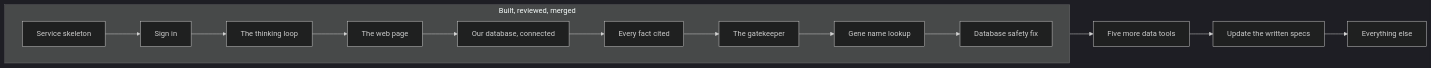
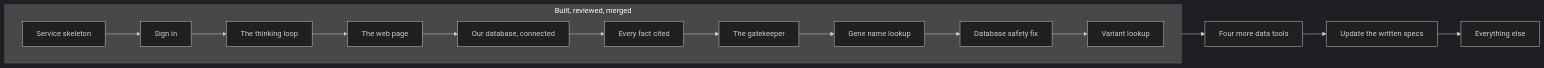
One commit to monideep2255/agentic-search-ui changed the second of 2 diagrams in PROGRESS.md. Above: the diagram before and after it, drawn with Mermaid (dark theme). The commit also changed other lines of this file and 9 other files, not shown here.

````diff
--- a/PROGRESS.md
+++ b/PROGRESS.md
@@ -97,17 +101,18 @@
 ```mermaid
 flowchart LR
     subgraph Built["Built, reviewed, merged"]
         direction LR
         A[Service skeleton] --> B[Sign in]
         B --> C[The thinking loop]
         C --> D[The web page]
         D --> E[Our database, connected]
         E --> F[Every fact cited]
         F --> G[The gatekeeper]
         G --> H[Gene name lookup]
         H --> I[Database safety fix]
+        I --> Iv[Variant lookup]
     end
-    I --> J[Five more data tools]
+    Iv --> J[Four more data tools]
     J --> K[Update the written specs]
     K --> L[Everything else]
 ```
````
